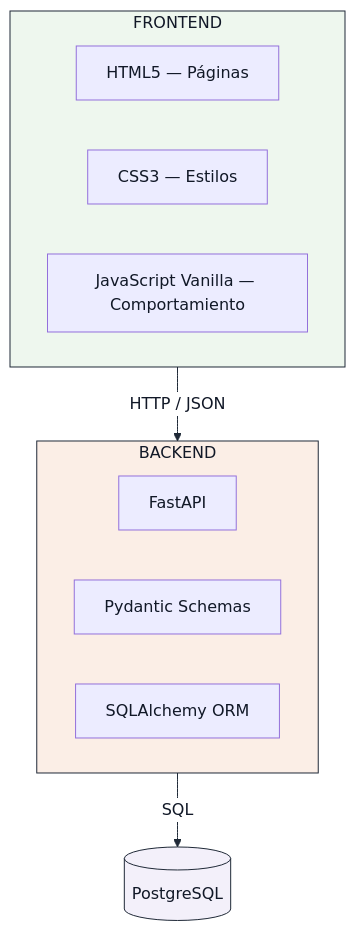
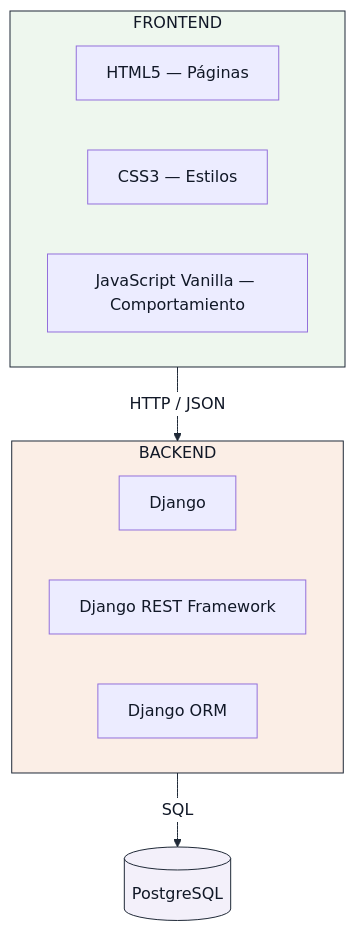
The seventh of 8 diagrams in docs/arquitectura/estructura-frontend.md (Darksam03/RuralConecta-ProyectoWeb), drawn with Mermaid before and after one commit. The commit also changed other lines of this file and 5 other files, not shown here.

````diff
--- a/docs/arquitectura/estructura-frontend.md
+++ b/docs/arquitectura/estructura-frontend.md
@@ -598,23 +598,23 @@
 ```mermaid
 %%{init: {'themeVariables': {'textColor':'#111827','primaryTextColor':'#111827','primaryColor':'#eef2f7','primaryBorderColor':'#1f2937','lineColor':'#1f2937','secondaryColor':'#eef2f7','tertiaryColor':'#f3f4f6','edgeLabelBackground':'#ffffff'}}}%%
 flowchart TD
     subgraph FE["FRONTEND"]
         F1["HTML5 — Páginas"]
         F2["CSS3 — Estilos"]
         F3["JavaScript Vanilla — Comportamiento"]
     end
 
     FE -->|"HTTP / JSON"| BE
 
     subgraph BE["BACKEND"]
-        B1["FastAPI"]
-        B2["Pydantic Schemas"]
-        B3["SQLAlchemy ORM"]
+        B1["Django"]
+        B2["Django REST Framework"]
+        B3["Django ORM"]
     end
 
     BE -->|"SQL"| DB[("PostgreSQL")]
 
     style FE fill:#eef7ee,stroke:#1f2937,color:#111827
     style BE fill:#fbeee6,stroke:#1f2937,color:#111827
     style DB fill:#f3f0fa,stroke:#1f2937,color:#111827
 ```
````
